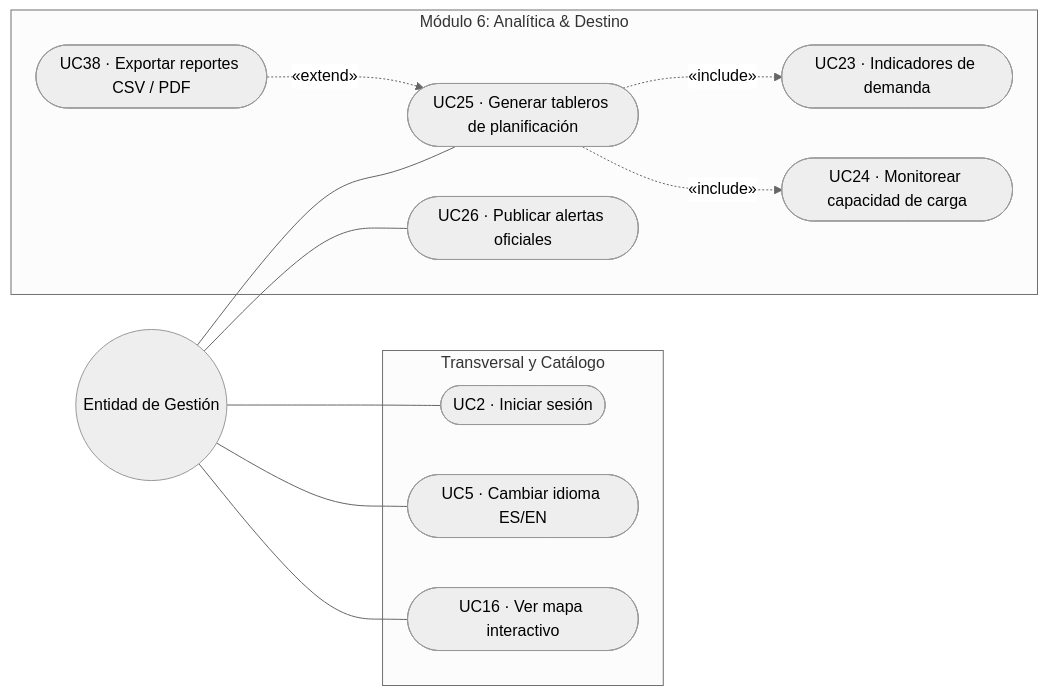
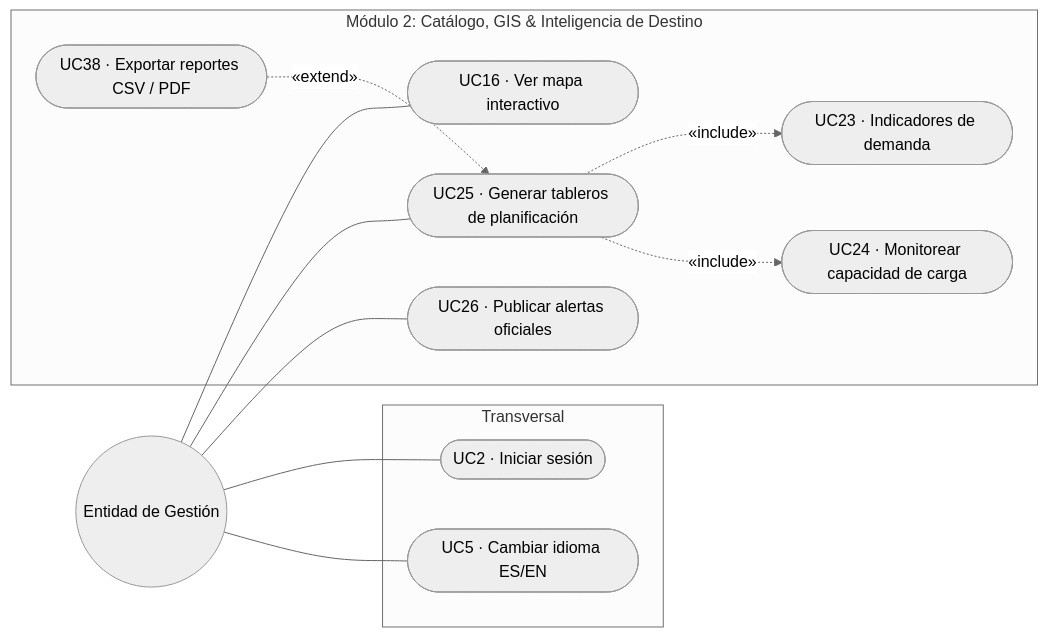
One commit to luifdo/Tourism changed the fourth of 9 diagrams in Documents/Pages/Requirements_docIEEE.md. Above: the diagram before and after it, drawn with Mermaid (neutral theme). The commit also changed other lines of this file and 4 other files, not shown here.

````diff
--- a/Documents/Pages/Requirements_docIEEE.md
+++ b/Documents/Pages/Requirements_docIEEE.md
@@ -454,25 +476,25 @@
 ```mermaid
 flowchart LR
     Ent(("Entidad de Gestión"))
 
-    subgraph TR["Transversal y Catálogo"]
+    subgraph TR["Transversal"]
         UC2(["UC2 · Iniciar sesión"])
         UC5(["UC5 · Cambiar idioma ES/EN"])
-        UC16(["UC16 · Ver mapa interactivo"])
     end
 
-    subgraph M6["Módulo 6: Analítica & Destino"]
+    subgraph M2["Módulo 2: Catálogo, GIS & Inteligencia de Destino"]
+        UC16(["UC16 · Ver mapa interactivo"])
         UC23(["UC23 · Indicadores de demanda"])
         UC24(["UC24 · Monitorear capacidad de carga"])
         UC25(["UC25 · Generar tableros de planificación"])
         UC38(["UC38 · Exportar reportes CSV / PDF"])
         UC26(["UC26 · Publicar alertas oficiales"])
     end
 
-    Ent --- UC2 & UC5 & UC16
-    Ent --- UC25 & UC26
+    Ent --- UC2 & UC5
+    Ent --- UC16 & UC25 & UC26
 
     UC25 -.->|"«include»"| UC23
     UC25 -.->|"«include»"| UC24
     UC38 -.->|"«extend»"| UC25
 ```
````
